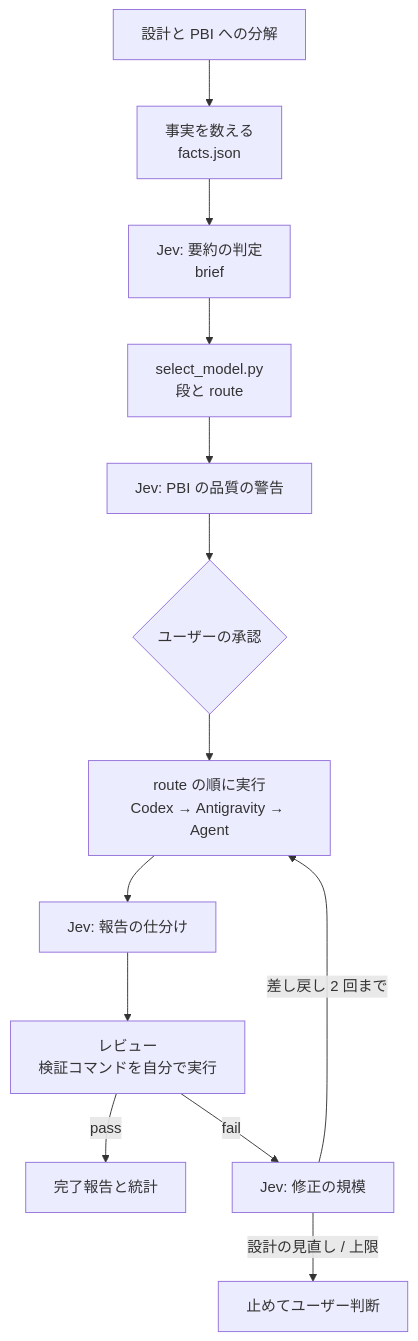
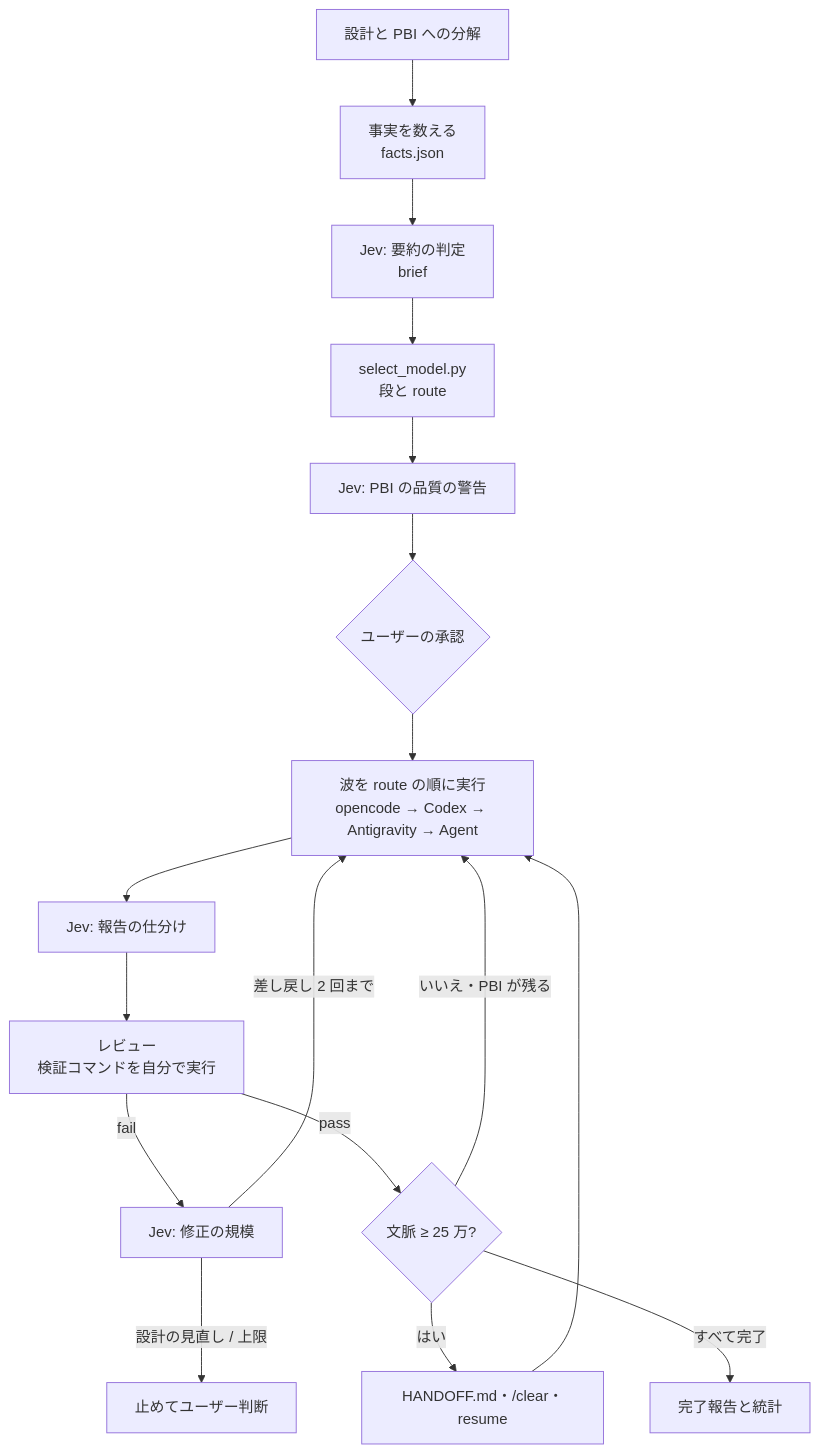
One commit to reeschan/atelier changed the diagram in README.ja.md. Above: the diagram before and after it, drawn with Mermaid. The commit also changed other lines of this file and 15 other files, not shown here.

````diff
--- a/README.ja.md
+++ b/README.ja.md
@@ -27,15 +31,19 @@
 ```mermaid
 flowchart TD
   A[設計と PBI への分解] --> B[事実を数える<br/>facts.json]
   B --> C[Jev: 要約の判定<br/>brief]
   C --> D[select_model.py<br/>段と route]
   D --> E[Jev: PBI の品質の警告]
   E --> F{ユーザーの承認}
-  F --> G[route の順に実行<br/>Codex → Antigravity → Agent]
+  F --> G[波を route の順に実行<br/>opencode → Codex → Antigravity → Agent]
   G --> H[Jev: 報告の仕分け]
   H --> I[レビュー<br/>検証コマンドを自分で実行]
-  I -->|pass| J[完了報告と統計]
   I -->|fail| K[Jev: 修正の規模]
   K -->|差し戻し 2 回まで| G
   K -->|設計の見直し / 上限| L[止めてユーザー判断]
+  I -->|pass| M{文脈 ≥ 25 万?}
+  M -->|いいえ・PBI が残る| G
+  M -->|はい| N[HANDOFF.md・/clear・resume]
+  N --> G
+  M -->|すべて完了| J[完了報告と統計]
 ```
````
